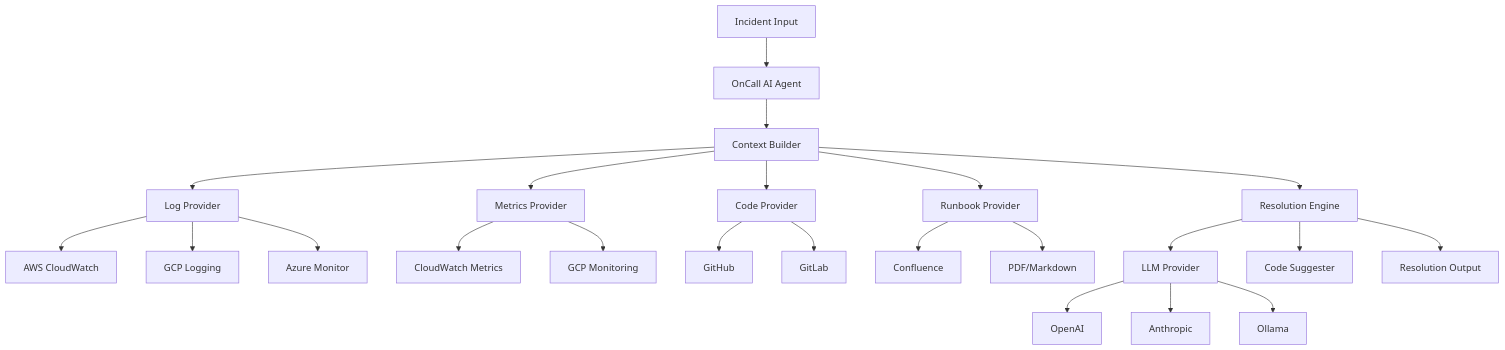
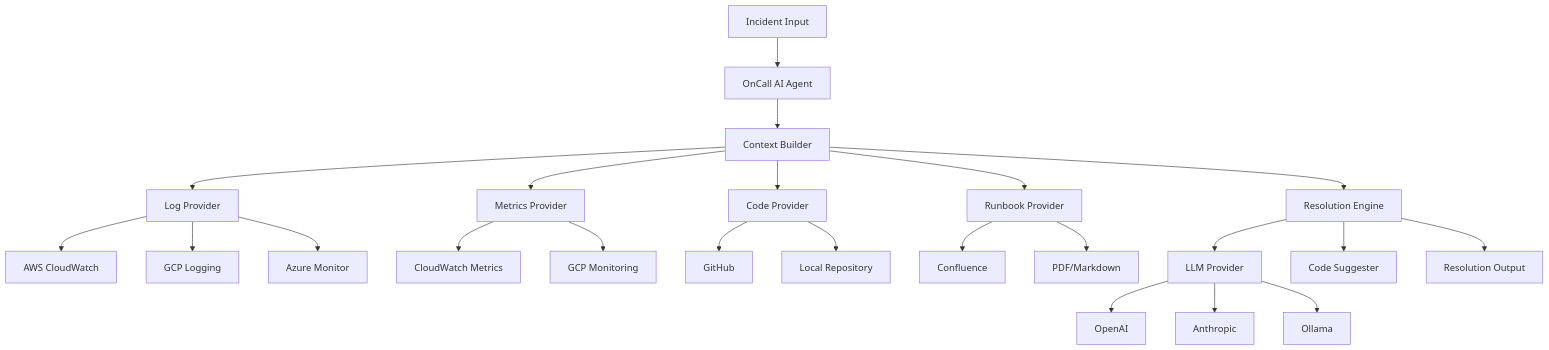
One commit to monaal10/Oncall-AI-agent changed the diagram in README.md. Above: the diagram before and after it, drawn with Mermaid. The commit also changed other lines of this file and 80 other files, not shown here.

````diff
--- a/README.md
+++ b/README.md
@@ -221,31 +224,31 @@
 ```mermaid
 graph TB
     A[Incident Input] --> B[OnCall AI Agent]
     B --> C[Context Builder]
     C --> D[Log Provider]
     C --> E[Metrics Provider] 
     C --> F[Code Provider]
     C --> G[Runbook Provider]
     
     D --> H[AWS CloudWatch]
     D --> I[GCP Logging]
     D --> J[Azure Monitor]
     
     E --> K[CloudWatch Metrics]
     E --> L[GCP Monitoring]
     
     F --> M[GitHub]
-    F --> N[GitLab]
+    F --> N[Local Repository]
     
     G --> O[Confluence]
     G --> P[PDF/Markdown]
     
     C --> Q[Resolution Engine]
     Q --> R[LLM Provider]
     R --> S[OpenAI]
     R --> T[Anthropic]
     R --> U[Ollama]
     
     Q --> V[Code Suggester]
     Q --> W[Resolution Output]
 ```
````
